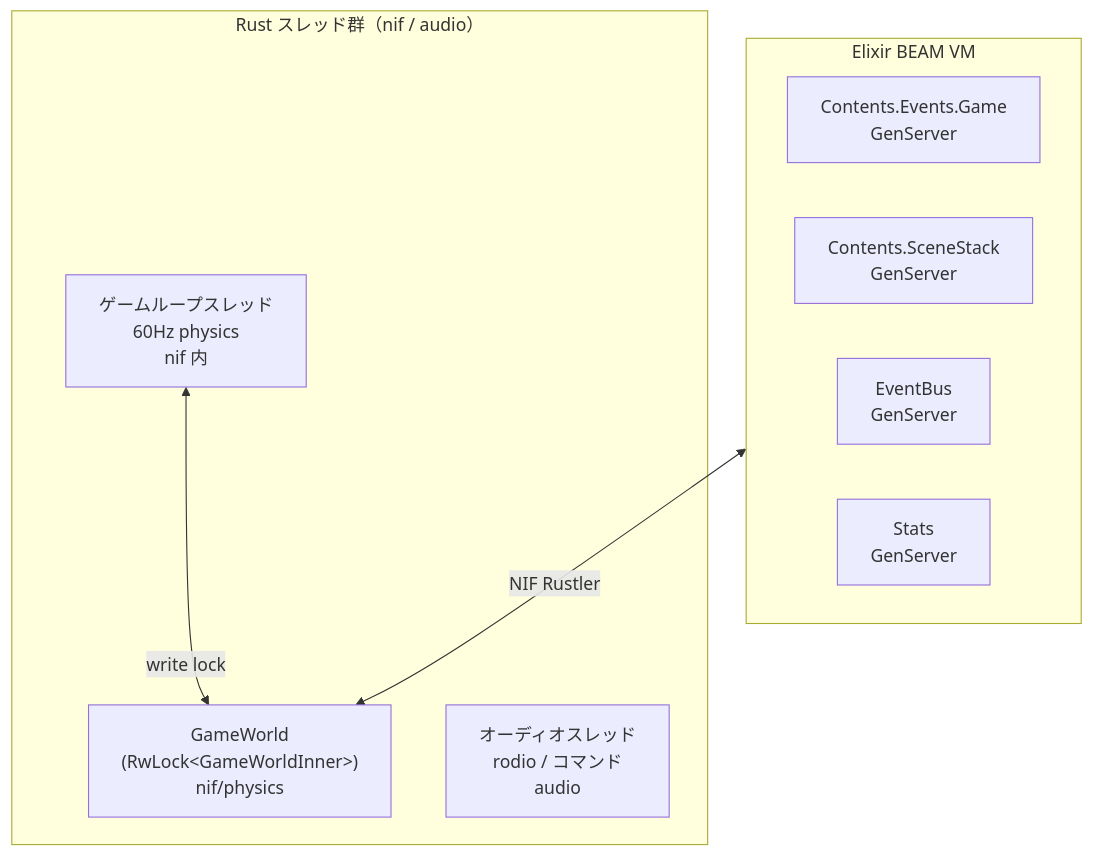
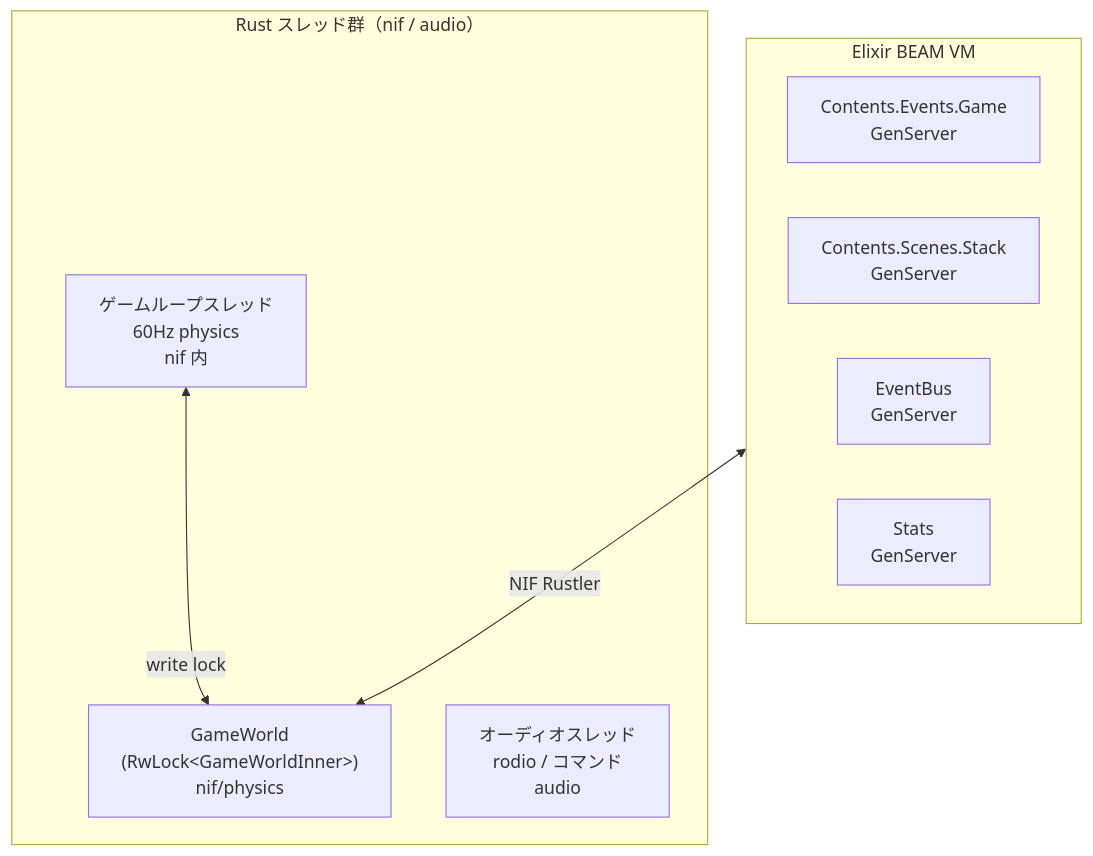
One commit to FRICK-ELDY/alchemy-engine changed diagram 16 of 16 in docs/architecture/overview.md. Above: the diagram before and after it, drawn with Mermaid. The commit also changed other lines of this file and 32 other files, not shown here.

Commit message:
refactor(contents): SceneStack を Contents.Scenes.Stack に移行（Phase 2）

````diff
--- a/docs/architecture/overview.md
+++ b/docs/architecture/overview.md
@@ -580,19 +580,19 @@
 ```mermaid
 graph TB
     subgraph BEAM["Elixir BEAM VM"]
         GEV[Contents.Events.Game\nGenServer]
-        SS[Contents.SceneStack\nGenServer]
+        SS[Contents.Scenes.Stack\nGenServer]
         EVB[EventBus\nGenServer]
         STS[Stats\nGenServer]
     end
 
     BEAM <-->|NIF Rustler| GW
 
     subgraph RUST["Rust スレッド群（nif / audio）"]
         GL[ゲームループスレッド\n60Hz physics\nnif 内]
         AT[オーディオスレッド\nrodio / コマンド\naudio]
         GW["GameWorld\n(RwLock&lt;GameWorldInner&gt;)\nnif/physics"]
 
         GL <-->|write lock| GW
     end
 ```
````
